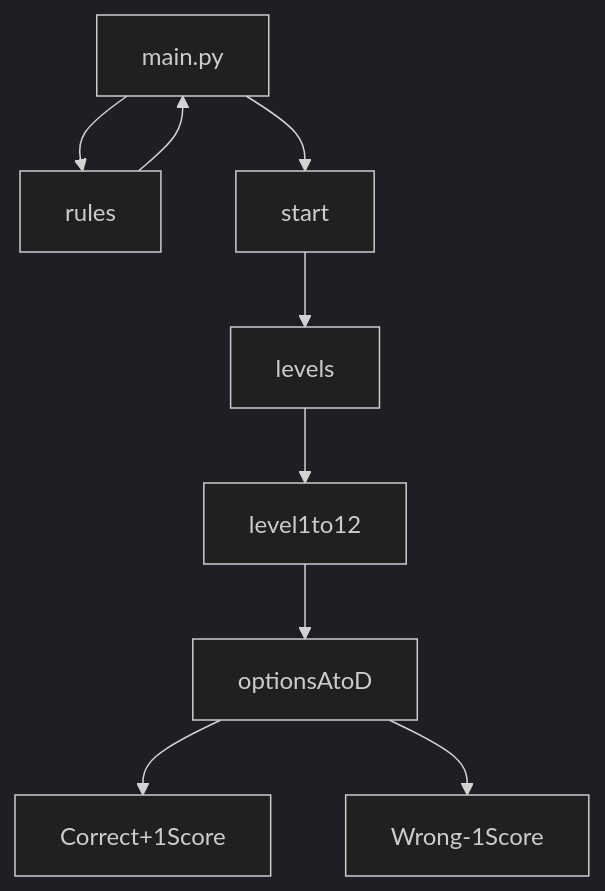
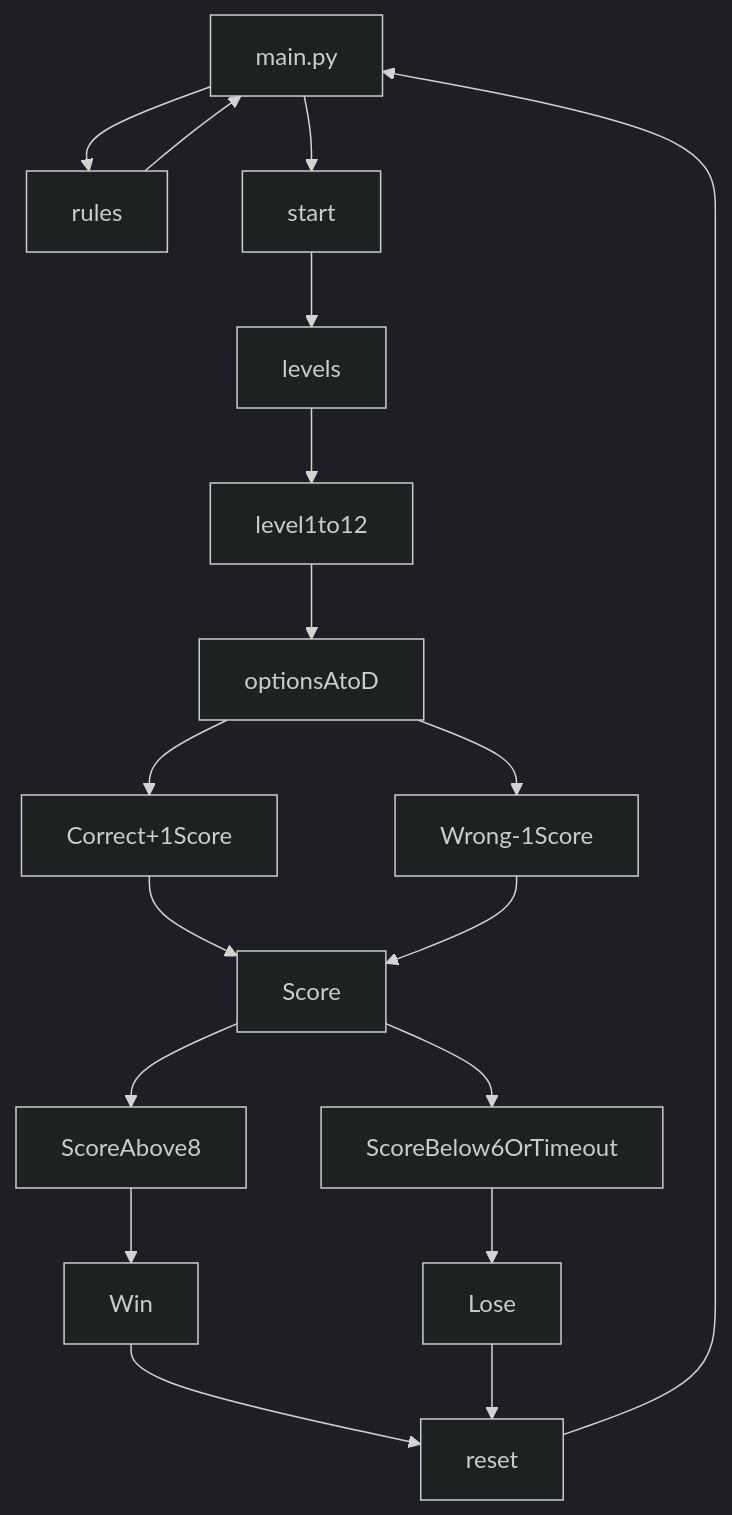
One commit to CallMeYuBing/EGL314MovieQuiz changed the diagram in README.md. Above: the diagram before and after it, drawn with Mermaid (dark theme). The commit also changed other lines of this file, not shown here.

````diff
--- a/README.md
+++ b/README.md
@@ -13,11 +16,20 @@
 ```mermaid
 graph TD;
 main.py-->rules
 rules-->main.py
+reset-->main.py
 main.py-->start
 start-->levels
 levels-->level1to12
 level1to12-->optionsAtoD
 optionsAtoD-->Correct+1Score
 optionsAtoD-->Wrong-1Score
+Correct+1Score-->Score
+Wrong-1Score-->Score
+Score-->ScoreAbove8
+Score-->ScoreBelow6OrTimeout
+ScoreAbove8-->Win
+ScoreBelow6OrTimeout-->Lose
+Win-->reset
+Lose-->reset
 ```
````
